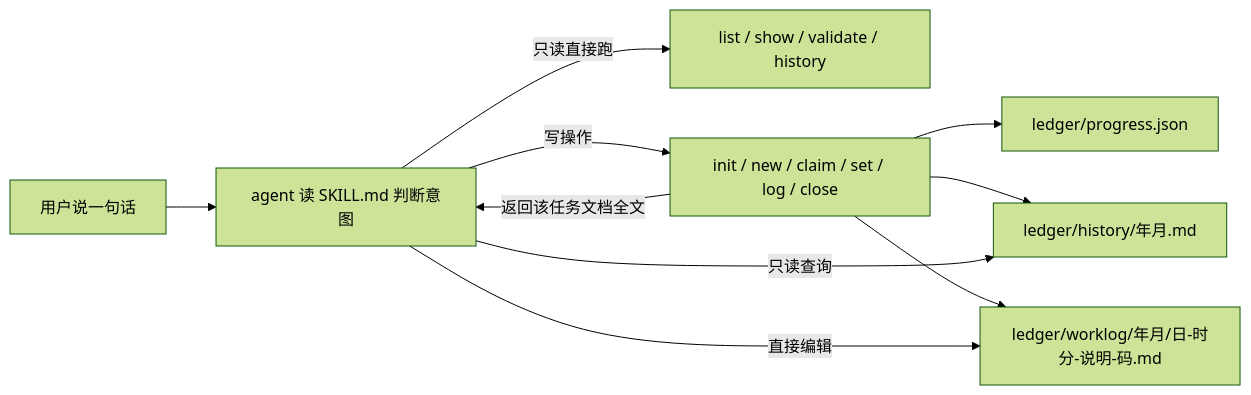
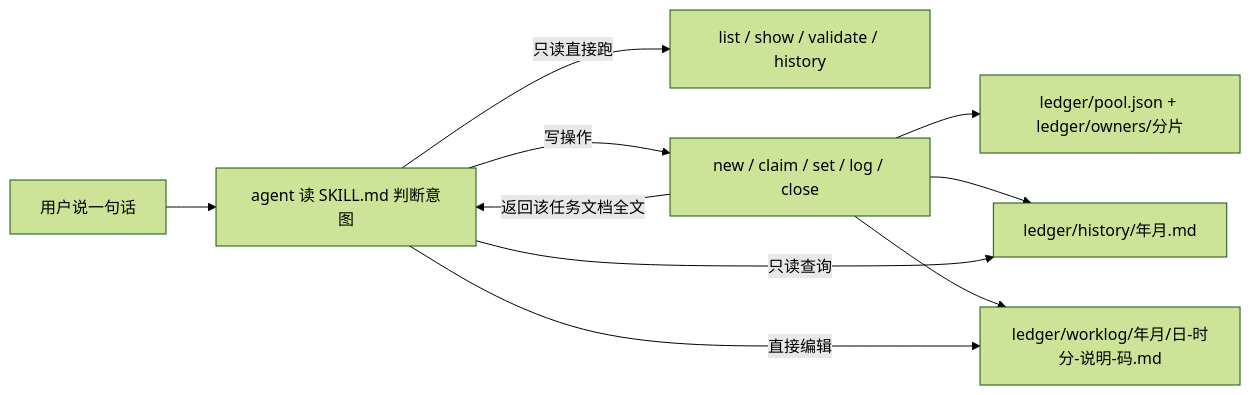
One commit to cq-guojia/dsh-task-ledger changed the first of 2 diagrams in packages/skill/README.md. Above: the diagram before and after it, drawn with Mermaid (forest theme). The commit also changed other lines of this file and 14 other files, not shown here.

````diff
--- a/packages/skill/README.md
+++ b/packages/skill/README.md
@@ -180,12 +191,12 @@
 ```mermaid
 graph LR
     U[用户说一句话] --> A[agent 读 SKILL.md 判断意图]
     A -->|只读直接跑| R[list / show / validate / history]
-    A -->|写操作| W[init / new / claim / set / log / close]
-    W --> P[ledger/progress.json]
+    A -->|写操作| W[new / claim / set / log / close]
+    W --> P[ledger/pool.json + ledger/owners/分片]
     W --> H[ledger/history/年月.md]
     W --> M[ledger/worklog/年月/日-时分-说明-码.md]
     A -->|直接编辑| M
     A -->|只读查询| H
     W -->|返回该任务文档全文| A
 ```
````
